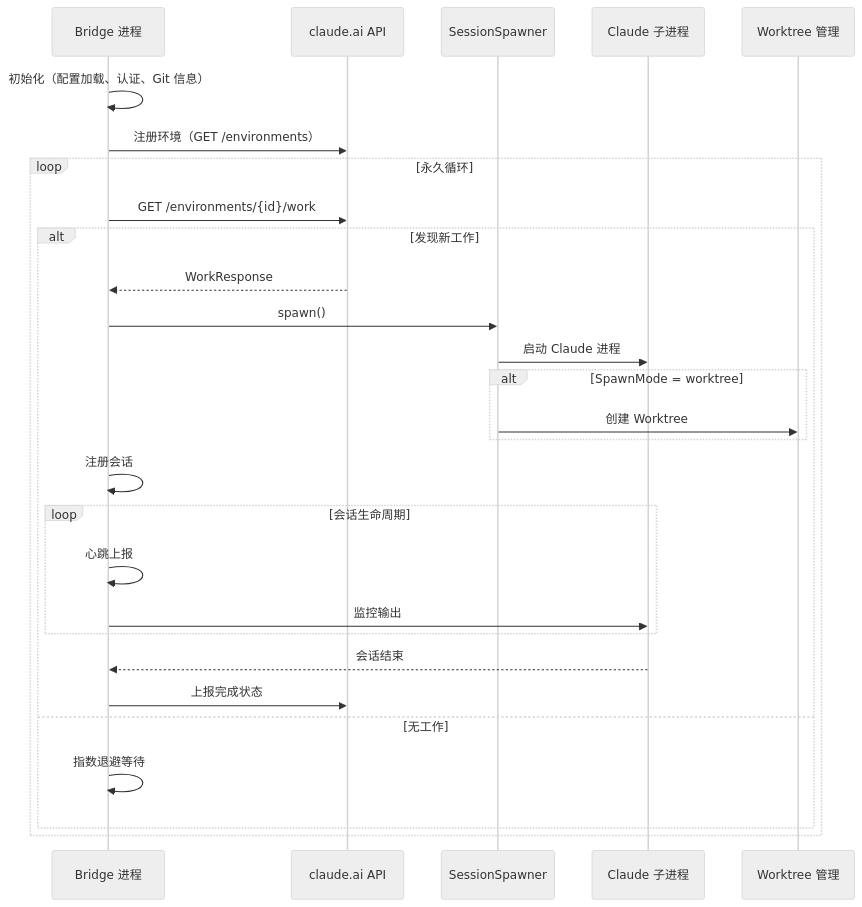
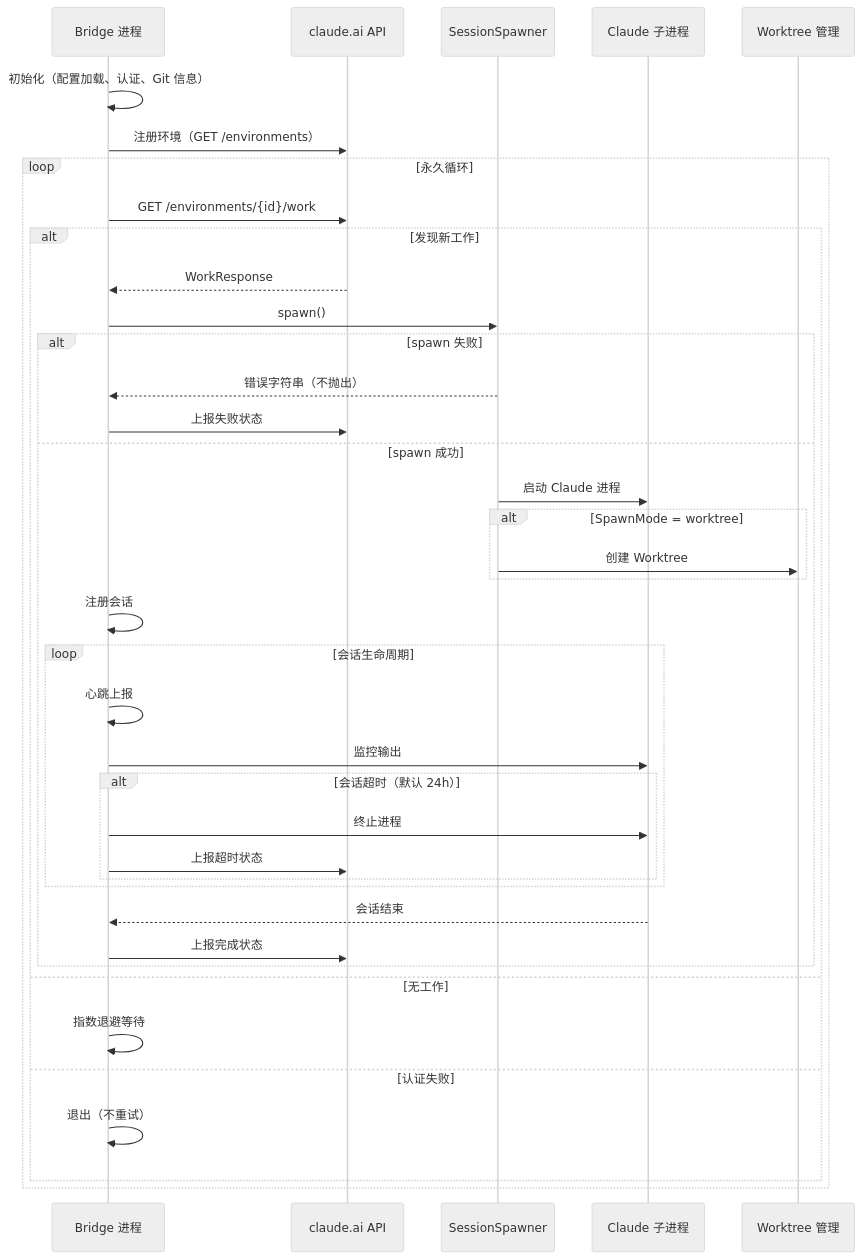
One commit to niuma996/claude-code-sourcemap-wiki changed the second of 2 diagrams in .nium-wiki/wiki/remote/bridge.md. Above: the diagram before and after it, drawn with Mermaid (neutral theme). The commit also changed 1976 other files, not shown here.

````diff
--- a/.nium-wiki/wiki/remote/bridge.md
+++ b/.nium-wiki/wiki/remote/bridge.md
@@ -93,31 +93,42 @@
 ```mermaid
 sequenceDiagram
     participant Bridge as Bridge 进程
     participant API as claude.ai API
     participant Spawner as SessionSpawner
     participant Child as Claude 子进程
     participant Worktree as Worktree 管理
 
     Bridge->>Bridge: 初始化（配置加载、认证、Git 信息）
     Bridge->>API: 注册环境（GET /environments）
     loop 永久循环
         Bridge->>API: GET /environments/{id}/work
         alt 发现新工作
             API-->>Bridge: WorkResponse
             Bridge->>Spawner: spawn()
-            Spawner->>Child: 启动 Claude 进程
-            alt SpawnMode = worktree
-                Spawner->>Worktree: 创建 Worktree
+            alt spawn 失败
+                Spawner-->>Bridge: 错误字符串（不抛出）
+                Bridge->>API: 上报失败状态
+            else spawn 成功
+                Spawner->>Child: 启动 Claude 进程
+                alt SpawnMode = worktree
+                    Spawner->>Worktree: 创建 Worktree
+                end
+                Bridge->>Bridge: 注册会话
+                loop 会话生命周期
+                    Bridge->>Bridge: 心跳上报
+                    Bridge->>Child: 监控输出
+                    alt 会话超时（默认 24h）
+                        Bridge->>Child: 终止进程
+                        Bridge->>API: 上报超时状态
+                    end
+                end
+                Child-->>Bridge: 会话结束
+                Bridge->>API: 上报完成状态
             end
-            Bridge->>Bridge: 注册会话
-            loop 会话生命周期
-                Bridge->>Bridge: 心跳上报
-                Bridge->>Child: 监控输出
-            end
-            Child-->>Bridge: 会话结束
-            Bridge->>API: 上报完成状态
         else 无工作
             Bridge->>Bridge: 指数退避等待
+        else 认证失败
+            Bridge->>Bridge: 退出（不重试）
         end
     end
 ```
````
